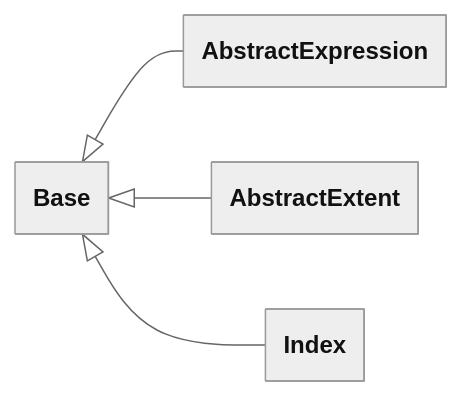
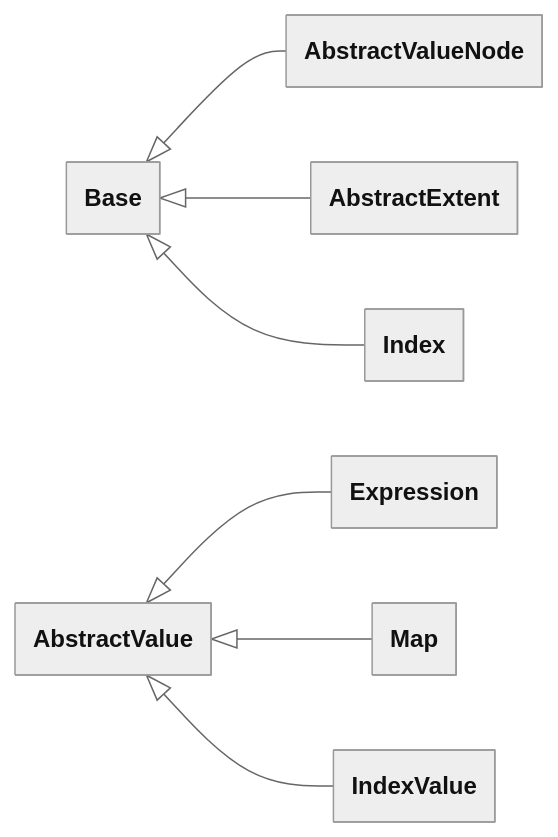
Before and after one commit to FEniCS/uflx: the second of 12 diagrams in design/language.md, drawn with Mermaid. The commit also changed other lines of this file and 9 other files, not shown here.

````diff
--- a/design/language.md
+++ b/design/language.md
@@ -3968,17 +4261,20 @@
 ```mermaid
 ---
 config:
   theme: neutral
   look: classic
   class:
     theme: neutral
     look: classic
     hideEmptyMembersBox: true
 ---
 classDiagram
     direction LR
     accTitle: Expressions and static type class hierarchy
-    Base <|-- AbstractExpression
+    Base <|-- AbstractValueNode
+    AbstractValue <|-- Expression
+    AbstractValue <|-- Map
+    AbstractValue <|-- IndexValue
     Base <|-- AbstractExtent
     Base <|-- Index
 ```
````
